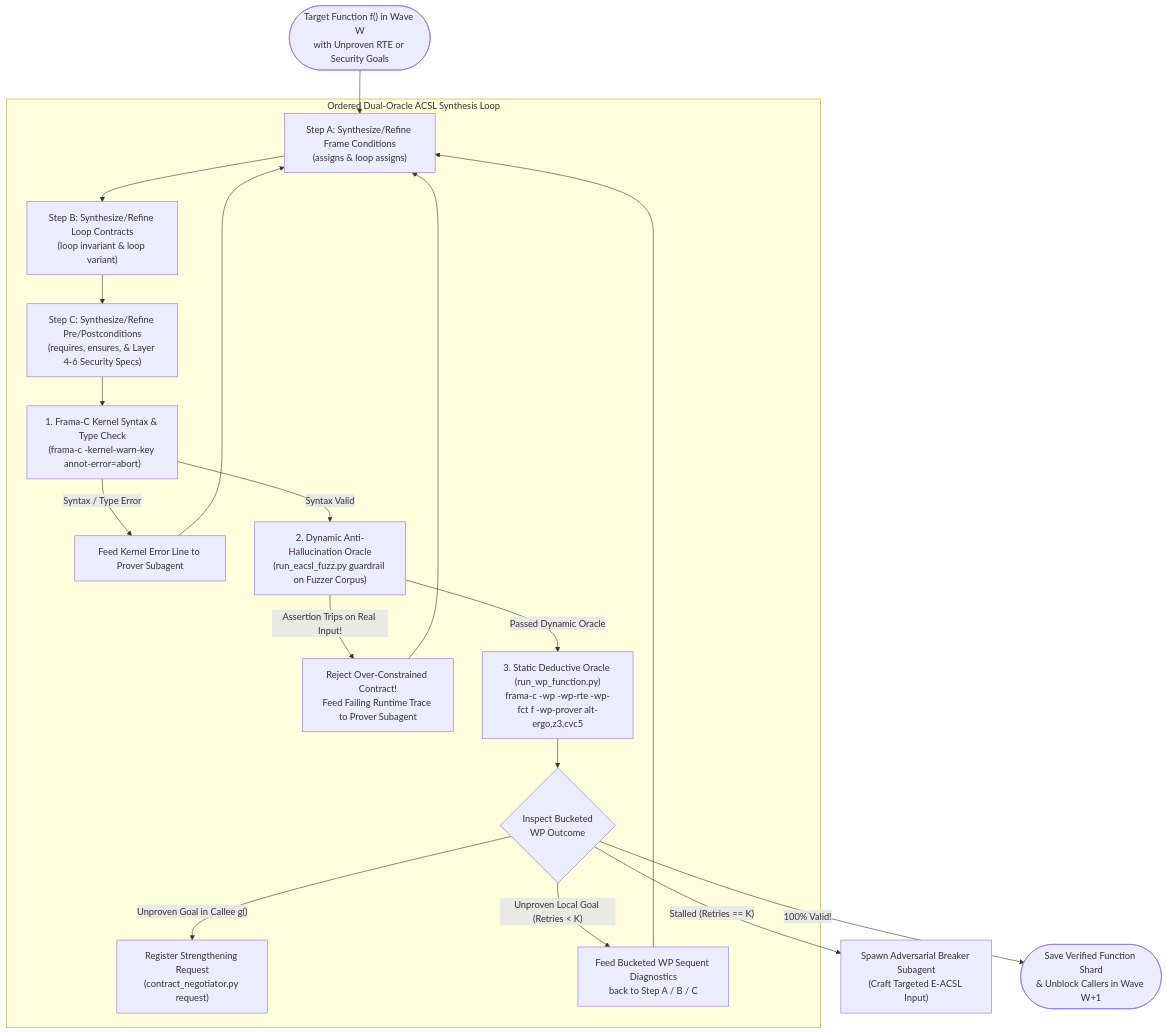
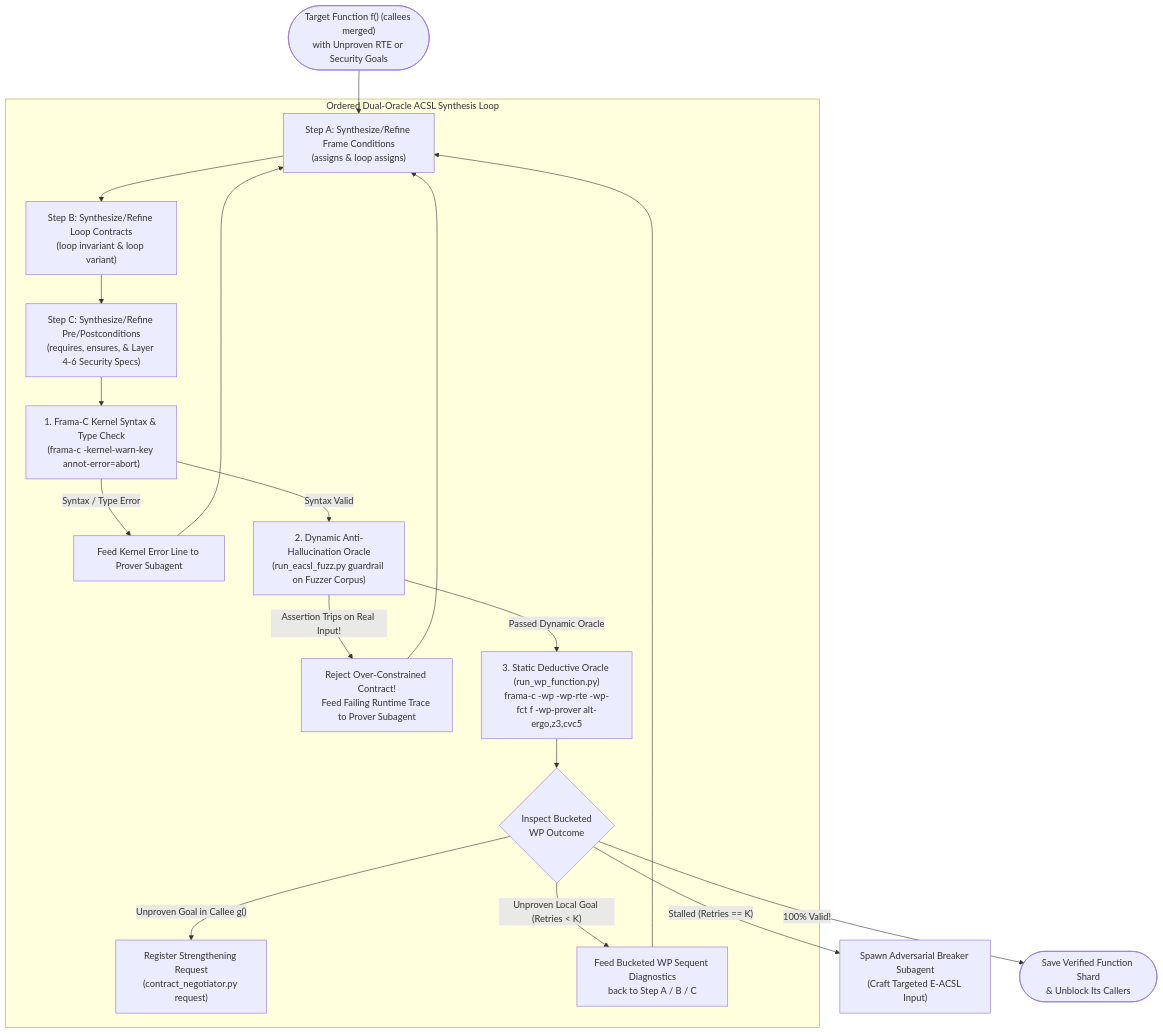
The second of 2 diagrams in docs/architecture.md (Harvester57/Frama-C-agentic-pipeline), drawn with Mermaid before and after one commit. The commit also changed other lines of this file and 58 other files, not shown here.

````diff
--- a/docs/architecture.md
+++ b/docs/architecture.md
@@ -68,28 +68,28 @@
 ```mermaid
 flowchart TD
-    Start(["Target Function f() in Wave W<br/>with Unproven RTE or Security Goals"]) --> StepA
+    Start(["Target Function f() (callees merged)<br/>with Unproven RTE or Security Goals"]) --> StepA
 
     subgraph MicroLoop["Ordered Dual-Oracle ACSL Synthesis Loop"]
         StepA["Step A: Synthesize/Refine Frame Conditions<br/>(assigns & loop assigns)"] --> StepB
         StepB["Step B: Synthesize/Refine Loop Contracts<br/>(loop invariant & loop variant)"] --> StepC
         StepC["Step C: Synthesize/Refine Pre/Postconditions<br/>(requires, ensures, & Layer 4-6 Security Specs)"]
 
         StepC --> KernelCheck["1. Frama-C Kernel Syntax & Type Check<br/>(frama-c -kernel-warn-key annot-error=abort)"]
         KernelCheck -- "Syntax / Type Error" --> FeedSyntax["Feed Kernel Error Line to Prover Subagent"]
         FeedSyntax --> StepA
 
         KernelCheck -- "Syntax Valid" --> DynOracle["2. Dynamic Anti-Hallucination Oracle<br/>(run_eacsl_fuzz.py guardrail on Fuzzer Corpus)"]
         DynOracle -- "Assertion Trips on Real Input!" --> FeedDyn["Reject Over-Constrained Contract!<br/>Feed Failing Runtime Trace to Prover Subagent"]
         FeedDyn --> StepA
 
         DynOracle -- "Passed Dynamic Oracle" --> StatOracle["3. Static Deductive Oracle (run_wp_function.py)<br/>frama-c -wp -wp-rte -wp-fct f -wp-prover alt-ergo,z3,cvc5"]
 
         StatOracle --> Inspect{"Inspect Bucketed<br/>WP Outcome"}
         Inspect -- "Unproven Goal in Callee g()" --> Negotiate["Register Strengthening Request<br/>(contract_negotiator.py request)"]
         Inspect -- "Unproven Local Goal (Retries < K)" --> FeedWP["Feed Bucketed WP Sequent Diagnostics<br/>back to Step A / B / C"]
         FeedWP --> StepA
     end
 
     Inspect -- "Stalled (Retries == K)" --> Breaker["Spawn Adversarial Breaker Subagent<br/>(Craft Targeted E-ACSL Input)"]
-    Inspect -- "100% Valid!" --> Done(["Save Verified Function Shard<br/>& Unblock Callers in Wave W+1"])
+    Inspect -- "100% Valid!" --> Done(["Save Verified Function Shard<br/>& Unblock Its Callers"])
 ```
````
